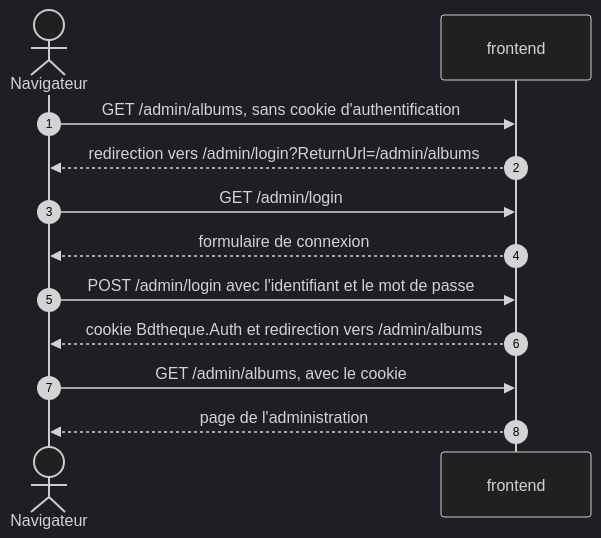
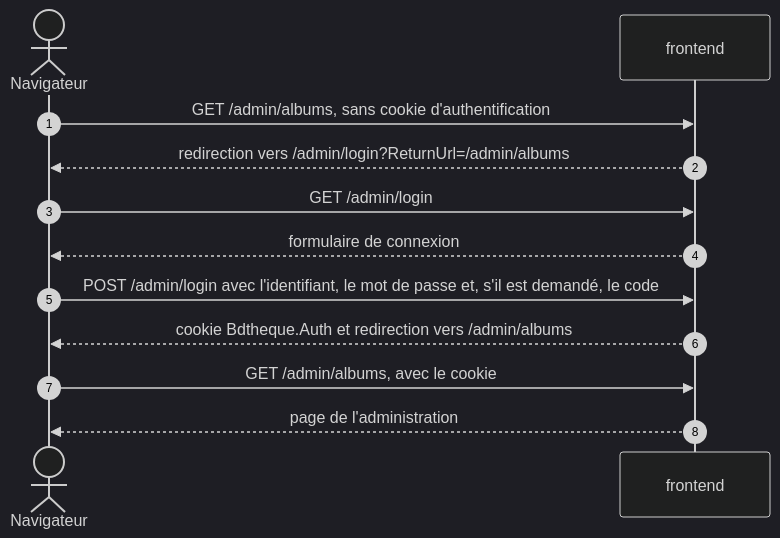
Before and after one commit to Tetram76/bdtheque-claude: the first of 3 diagrams in docs/tech/mecanismes/authentification-et-appels-internes.md, drawn with Mermaid (dark theme). The commit also changed other lines of this file and 42 other files, not shown here.

````diff
--- a/docs/tech/mecanismes/authentification-et-appels-internes.md
+++ b/docs/tech/mecanismes/authentification-et-appels-internes.md
@@ -25,15 +26,15 @@
 ```mermaid
 sequenceDiagram
     autonumber
     actor navigateur as Navigateur
     participant frontend as frontend
 
     navigateur->>frontend: GET /admin/albums, sans cookie d'authentification
     frontend-->>navigateur: redirection vers /admin/login?ReturnUrl=/admin/albums
     navigateur->>frontend: GET /admin/login
     frontend-->>navigateur: formulaire de connexion
-    navigateur->>frontend: POST /admin/login avec l'identifiant et le mot de passe
+    navigateur->>frontend: POST /admin/login avec l'identifiant, le mot de passe et, s'il est demandé, le code
     frontend-->>navigateur: cookie Bdtheque.Auth et redirection vers /admin/albums
     navigateur->>frontend: GET /admin/albums, avec le cookie
     frontend-->>navigateur: page de l'administration
 ```
````
